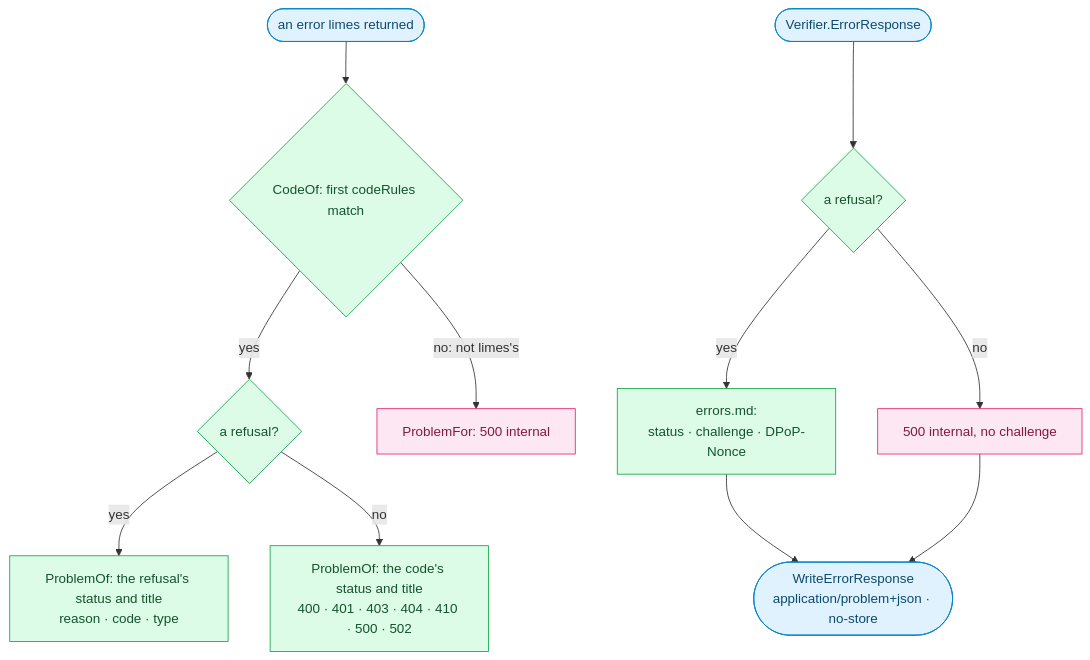
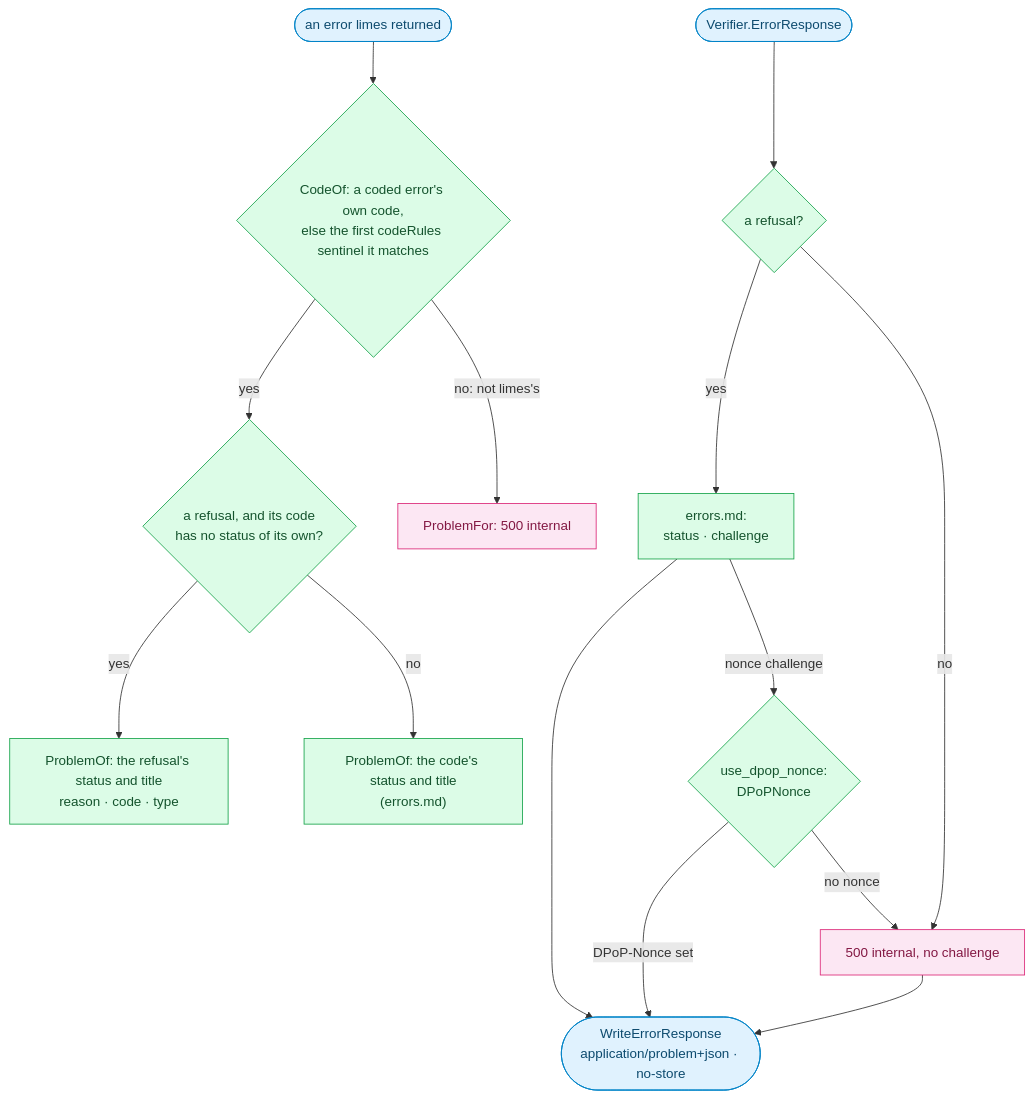
One commit to oleg-tkachuk/limes changed the sixth of 17 diagrams in docs/diagrams.md. Above: the diagram before and after it, drawn with Mermaid. The commit also changed other lines of this file, not shown here.

Commit message:
docs: bring the diagrams up to date with the code

````diff
--- a/docs/diagrams.md
+++ b/docs/diagrams.md
@@ -502,30 +531,33 @@
 ```mermaid
 flowchart TB
     err(["an error limes returned"])
-    cr{"CodeOf: first codeRules match"}
-    rr{"a refusal?"}
+    cr{"CodeOf: a coded error's own code,<br/>else the first codeRules sentinel it matches"}
+    rr{"a refusal, and its code<br/>has no status of its own?"}
     pRef["ProblemOf: the refusal's status and title<br/>reason · code · type"]
-    pCode["ProblemOf: the code's status and title<br/>400 · 401 · 403 · 404 · 410 · 500 · 502"]
+    pCode["ProblemOf: the code's status and title<br/>(errors.md)"]
     pInt["ProblemFor: 500 internal"]
     er(["Verifier.ErrorResponse"])
     rr2{"a refusal?"}
-    resp["errors.md:<br/>status · challenge · DPoP-Nonce"]
+    resp["errors.md:<br/>status · challenge"]
+    nonce{"use_dpop_nonce:<br/>DPoPNonce"}
     i500["500 internal, no challenge"]
     out(["WriteErrorResponse<br/>application/problem+json · no-store"])
 
     err --> cr -- yes --> rr
     cr -- "no: not limes's" --> pInt
     rr -- yes --> pRef
     rr -- no --> pCode
     er --> rr2 -- yes --> resp --> out
+    resp -- "nonce challenge" --> nonce -- "DPoP-Nonce set" --> out
+    nonce -- "no nonce" --> i500
     rr2 -- no --> i500 --> out
 
     classDef client fill:#E0F2FE,stroke:#0284C7,color:#0C4A6E
     classDef role fill:#DCFCE7,stroke:#16A34A,color:#14532D
     classDef optional fill:#F1F5F9,stroke:#64748B,color:#334155,stroke-dasharray:5 4
     classDef store fill:#FEF3C7,stroke:#D97706,color:#78350F
     classDef external fill:#FCE7F3,stroke:#DB2777,color:#831843
     class err,er,out client
-    class cr,rr,pRef,pCode,rr2,resp role
+    class cr,rr,pRef,pCode,rr2,resp,nonce role
     class pInt,i500 external
 ```
````
